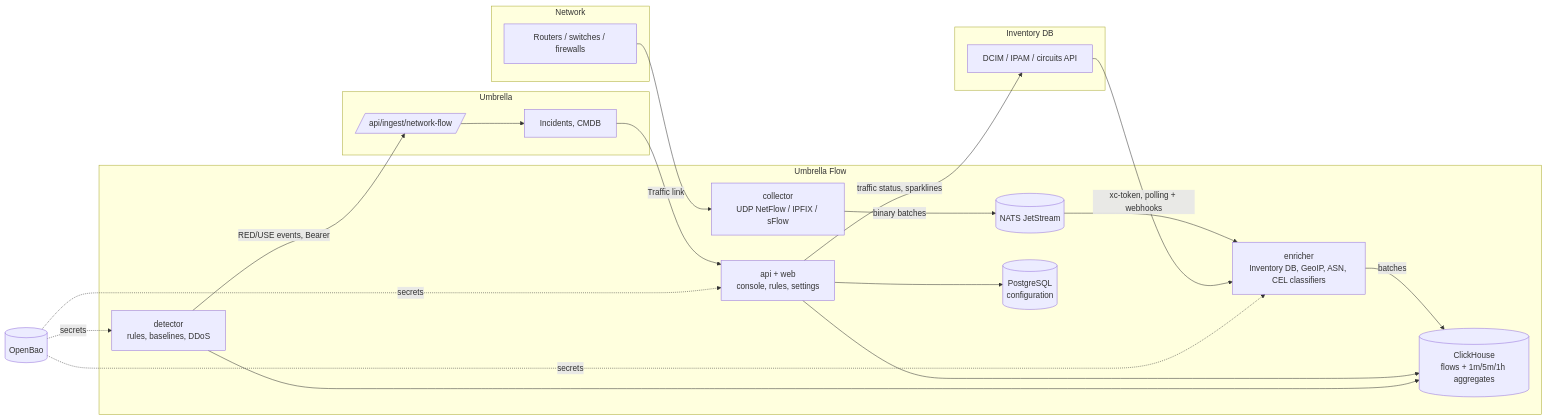
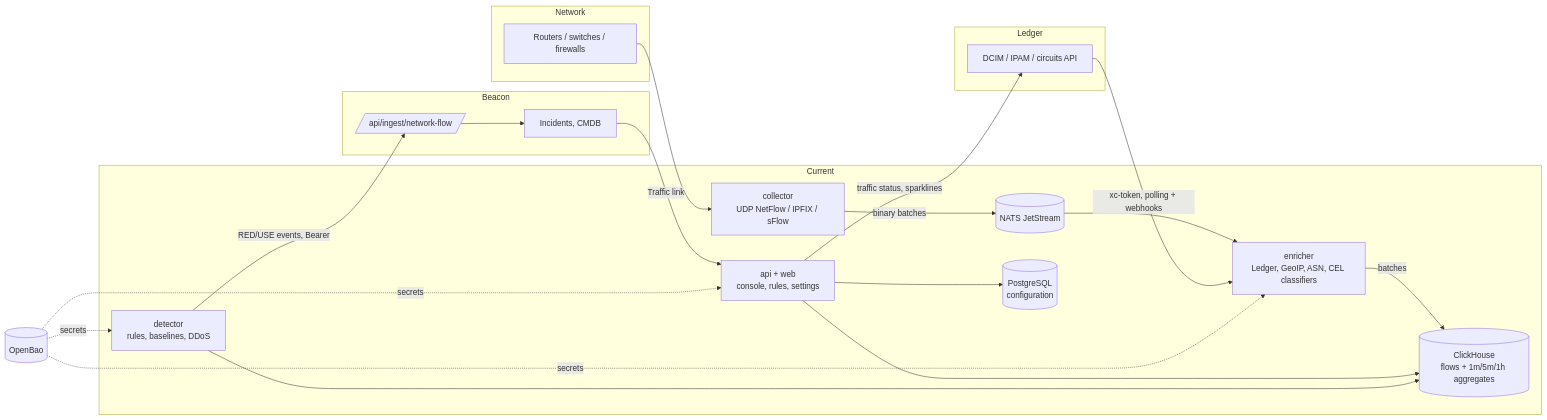
One commit to sbrw-evc/Current changed the diagram in docs/plan.md. Above: the diagram before and after it, drawn with Mermaid. The commit also changed other lines of this file and 379 other files, not shown here.

````diff
--- a/docs/plan.md
+++ b/docs/plan.md
@@ -95,27 +95,27 @@
 ```mermaid
 flowchart LR
   subgraph NET[Network]
     R[Routers / switches / firewalls]
   end
-  subgraph FLOW[Umbrella Flow]
+  subgraph FLOW[Current]
     IN[collector<br/>UDP NetFlow / IPFIX / sFlow] -->|binary batches| BUS[(NATS JetStream)]
-    BUS --> EN[enricher<br/>Inventory DB, GeoIP, ASN, CEL classifiers]
+    BUS --> EN[enricher<br/>Ledger, GeoIP, ASN, CEL classifiers]
     EN -->|batches| CH[(ClickHouse<br/>flows + 1m/5m/1h aggregates)]
     API[api + web<br/>console, rules, settings] --> CH
     API --> PG[(PostgreSQL<br/>configuration)]
     DET[detector<br/>rules, baselines, DDoS] --> CH
   end
-  subgraph INV[Inventory DB]
+  subgraph INV[Ledger]
     DCIM[DCIM / IPAM / circuits API]
   end
-  subgraph UMB[Umbrella]
+  subgraph UMB[Beacon]
     ING[/api/ingest/network-flow/]
     INC[Incidents, CMDB]
   end
   R --> IN
   DCIM -- "xc-token, polling + webhooks" --> EN
   DET -- "RED/USE events, Bearer" --> ING --> INC
   INC -- "Traffic link" --> API
   API -- "traffic status, sparklines" --> DCIM
   OB[(OpenBao)] -.secrets.-> API & EN & DET
 ```
````
